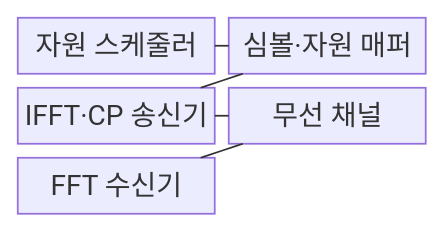
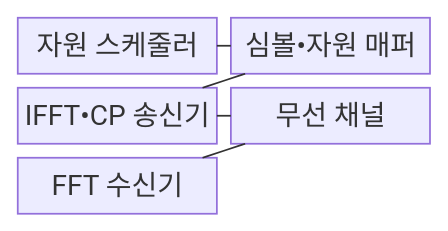
The first of 2 diagrams in src/content/docs/notes/04-network/034_ofdm_ofdma.md (agnusdei1207/knowledge-base), drawn with Mermaid before and after one commit. The commit also changed other lines of this file and 953 other files, not shown here.

````diff
--- a/src/content/docs/notes/04-network/034_ofdm_ofdma.md
+++ b/src/content/docs/notes/04-network/034_ofdm_ofdma.md
@@ -66,13 +66,13 @@
 ```mermaid
 block
     columns 2
     A["자원 스케줄러"]
-    B["심볼·자원 매퍼"]
-    C["IFFT·CP 송신기"]
+    B["심볼•자원 매퍼"]
+    C["IFFT•CP 송신기"]
     D["무선 채널"]
     E["FFT 수신기"]
     A --- B
     B --- C
     C --- D
     D --- E
 ```
````
